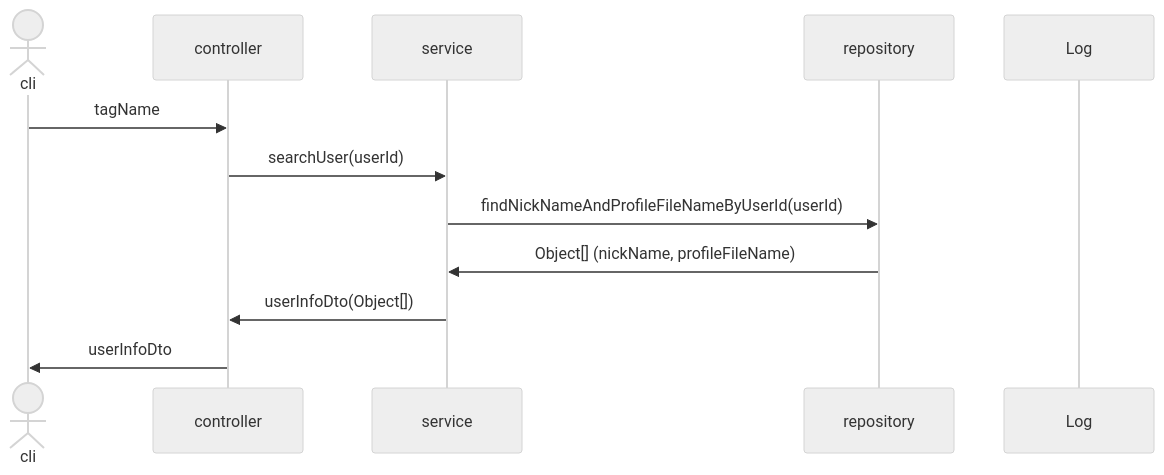
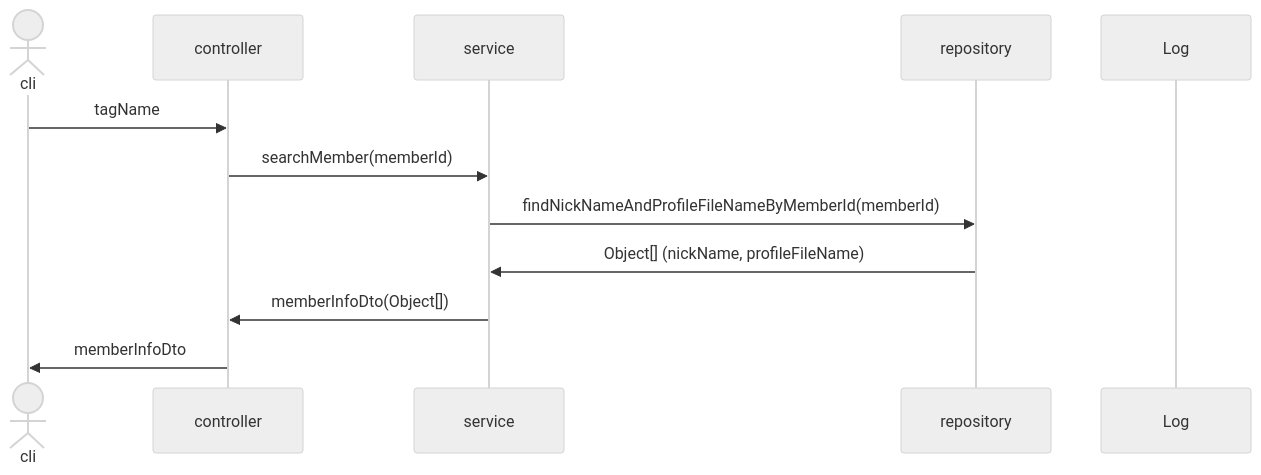
Diagram 21 of 28 in sequence.md (mtak0235/snsX), drawn with Mermaid (neutral theme) before and after one commit. The commit also changed other lines of this file, not shown here.

Commit message:
update user -> member & savePost sequence diagram

````diff
--- a/sequence.md
+++ b/sequence.md
@@ -444,15 +444,15 @@
 ```mermaid
 sequenceDiagram
 actor cli
 participant c as controller
 participant s as service
 participant r as repository
 participant l as Log
 
 cli->>c: tagName
-c->>s: searchUser(userId)
-s->>r: findNickNameAndProfileFileNameByUserId(userId)
+c->>s: searchMember(memberId)
+s->>r: findNickNameAndProfileFileNameByMemberId(memberId)
 r->>s: Object[] (nickName, profileFileName)
-s->>c: userInfoDto(Object[])
-c->>cli: userInfoDto
+s->>c: memberInfoDto(Object[])
+c->>cli: memberInfoDto
 ```
````
